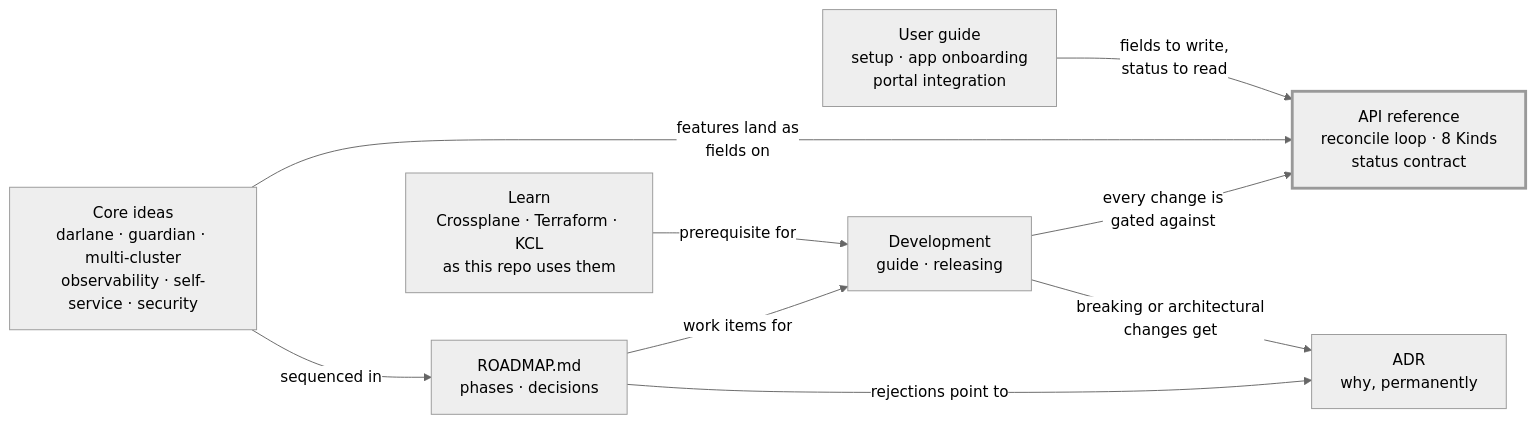
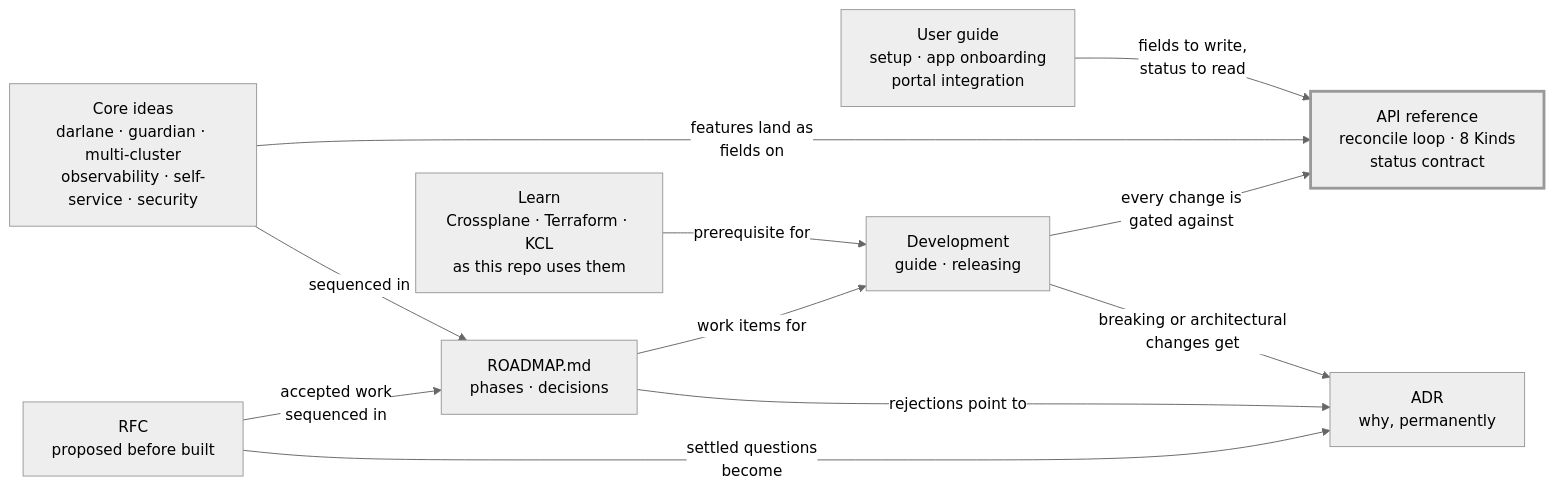
The diagram in docs/README.md (wxops/wxops-core), drawn with Mermaid (neutral theme) before and after one commit. The commit also changed other lines of this file and 11 other files, not shown here.

````diff
--- a/docs/README.md
+++ b/docs/README.md
@@ -134,22 +150,25 @@
 ```mermaid
 flowchart LR
     LEARN["Learn<br/>Crossplane · Terraform · KCL<br/>as this repo uses them"]
     UG["User guide<br/>setup · app onboarding<br/>portal integration"]
     API["API reference<br/>reconcile loop · 8 Kinds<br/>status contract"]
     IDEAS["Core ideas<br/>darlane · guardian · multi-cluster<br/>observability · self-service · security"]
     DEV["Development<br/>guide · releasing"]
     RM["ROADMAP.md<br/>phases · decisions"]
     ADR["ADR<br/>why, permanently"]
+    RFC["RFC<br/>proposed before built"]
 
     LEARN -->|"prerequisite for"| DEV
     UG -->|"fields to write,<br/>status to read"| API
     IDEAS -->|"features land as<br/>fields on"| API
     DEV -->|"every change is<br/>gated against"| API
     IDEAS -->|"sequenced in"| RM
     RM -->|"work items for"| DEV
     DEV -->|"breaking or architectural<br/>changes get"| ADR
     RM -->|"rejections point to"| ADR
+    RFC -->|"settled questions<br/>become"| ADR
+    RFC -->|"accepted work<br/>sequenced in"| RM
 
     classDef hub stroke-width:3px
     class API hub
 ```
````
